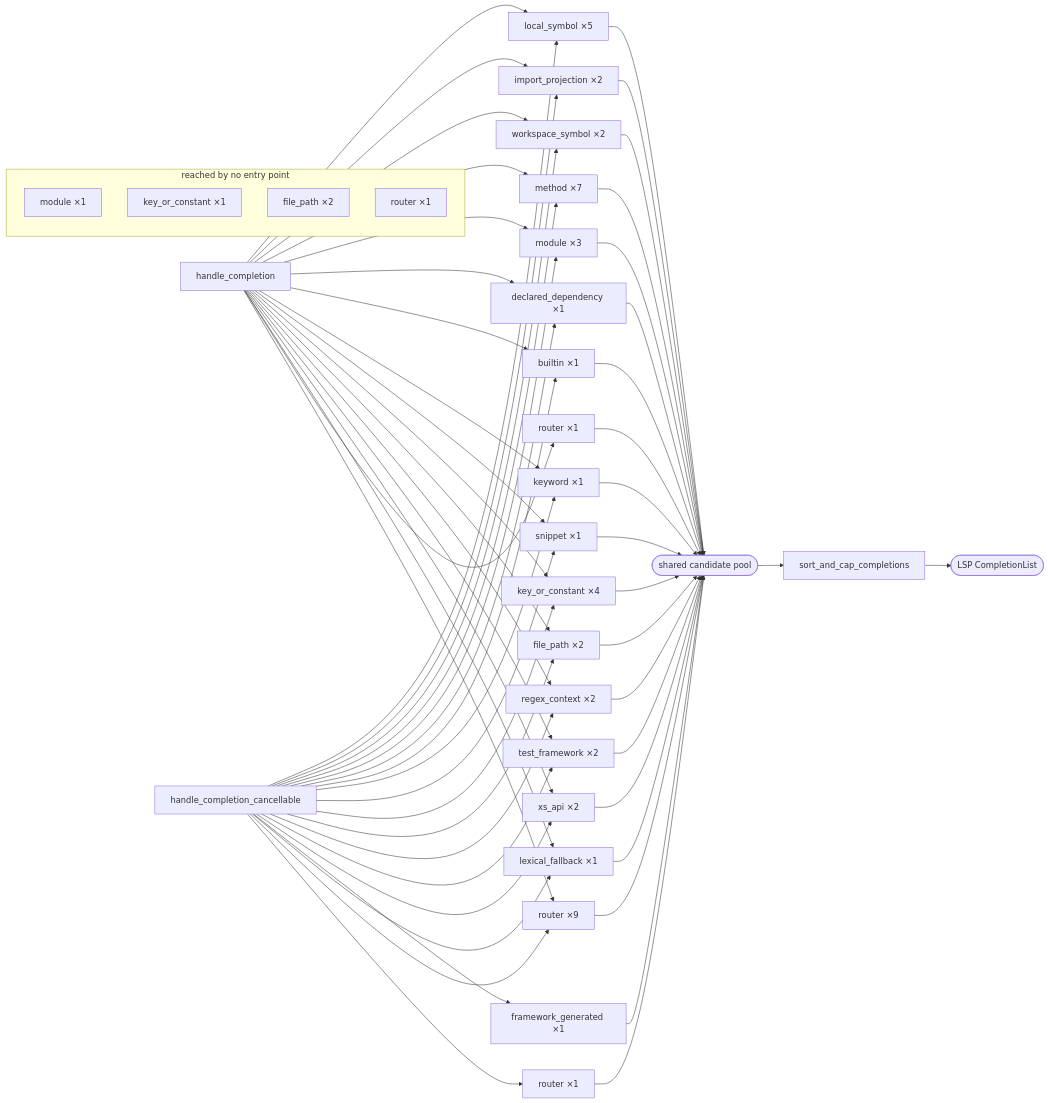
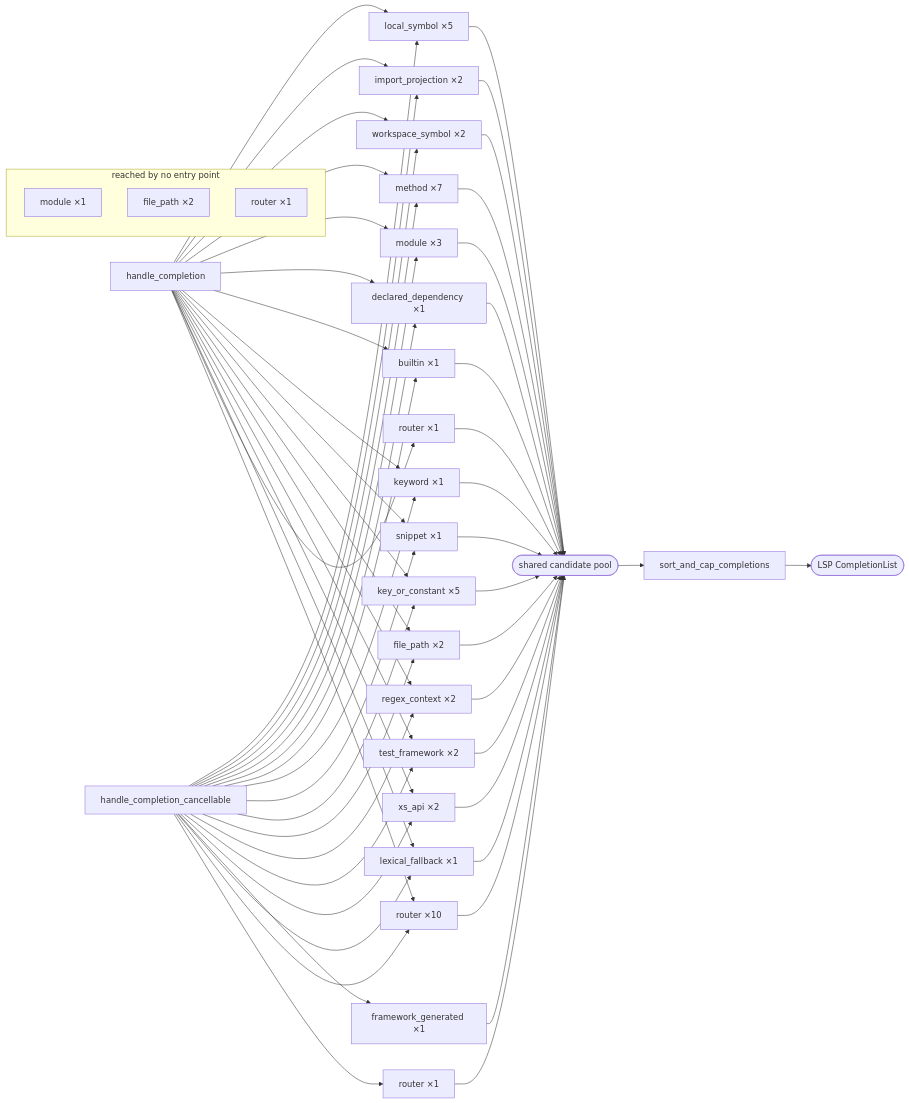
The diagram in docs/architecture/completion-candidate-producers.md (EffortlessMetrics/perl-lsp-swarm), drawn with Mermaid before and after one commit. The commit also changed other lines of this file and 8 other files, not shown here.

```diff
--- a/docs/architecture/completion-candidate-producers.md
+++ b/docs/architecture/completion-candidate-producers.md
@@ -202,7 +203,7 @@
   nhandle_completion --> nsnippet_handle_completion_handle_completion_cancellable
   nhandle_completion_cancellable --> nsnippet_handle_completion_handle_completion_cancellable
   nsnippet_handle_completion_handle_completion_cancellable --> pool
-  nkey_or_constant_handle_completion_handle_completion_cancellable["key_or_constant ×4"]
+  nkey_or_constant_handle_completion_handle_completion_cancellable["key_or_constant ×5"]
   nhandle_completion --> nkey_or_constant_handle_completion_handle_completion_cancellable
   nhandle_completion_cancellable --> nkey_or_constant_handle_completion_handle_completion_cancellable
   nkey_or_constant_handle_completion_handle_completion_cancellable --> pool
@@ -232,7 +233,7 @@
   nrouter_handle_completion["router ×1"]
   nhandle_completion --> nrouter_handle_completion
   nrouter_handle_completion --> pool
-  nrouter_handle_completion_handle_completion_cancellable["router ×9"]
+  nrouter_handle_completion_handle_completion_cancellable["router ×10"]
   nhandle_completion --> nrouter_handle_completion_handle_completion_cancellable
   nhandle_completion_cancellable --> nrouter_handle_completion_handle_completion_cancellable
   nrouter_handle_completion_handle_completion_cancellable --> pool
@@ -243,7 +244,6 @@
   final --> wire
   subgraph unreached ["reached by no entry point"]
     nunreached_module["module ×1"]
-    nunreached_key_or_constant["key_or_constant ×1"]
     nunreached_file_path["file_path ×2"]
     nunreached_router["router ×1"]
   end
```
